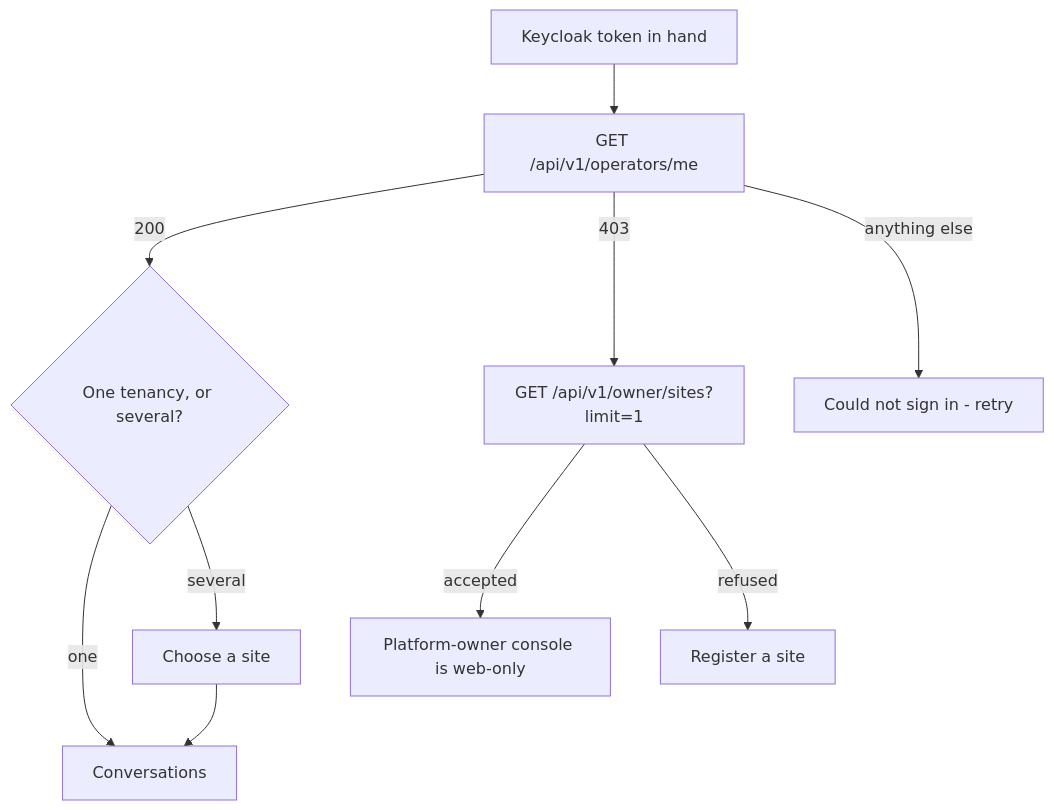
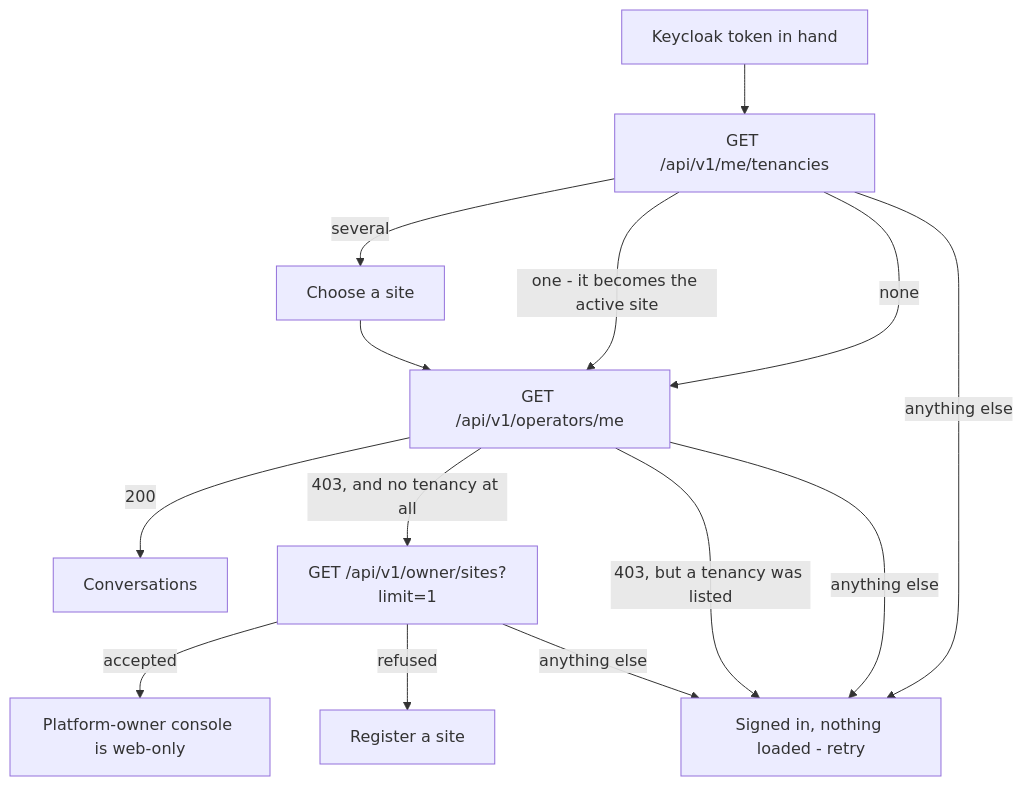
The second of 7 diagrams in docs/navigation.md (golyakoff/ago-android), drawn with Mermaid before and after one commit. The commit also changed other lines of this file and 37 other files, not shown here.

````diff
--- a/docs/navigation.md
+++ b/docs/navigation.md
@@ -282,12 +282,16 @@
 ```mermaid
 flowchart TD
-    Token["Keycloak token in hand"] --> Me["GET /api/v1/operators/me"]
-    Me -->|200| Tenancies{"One tenancy, or several?"}
-    Tenancies -->|one| Work["Conversations"]
-    Tenancies -->|several| Pick["Choose a site"]
-    Pick --> Work
-    Me -->|403| Owner["GET /api/v1/owner/sites?limit=1"]
+    Token["Keycloak token in hand"] --> Ten["GET /api/v1/me/tenancies"]
+    Ten -->|"several"| Pick["Choose a site"]
+    Pick --> Me
+    Ten -->|"one - it becomes the active site"| Me["GET /api/v1/operators/me"]
+    Ten -->|"none"| Me
+    Ten -->|"anything else"| Fail["Signed in, nothing loaded - retry"]
+    Me -->|200| Work["Conversations"]
+    Me -->|"403, and no tenancy at all"| Owner["GET /api/v1/owner/sites?limit=1"]
+    Me -->|"403, but a tenancy was listed"| Fail
+    Me -->|anything else| Fail
     Owner -->|accepted| Stop["Platform-owner console is web-only"]
     Owner -->|refused| Reg["Register a site"]
-    Me -->|anything else| Fail["Could not sign in - retry"]
+    Owner -->|anything else| Fail
 ```
````
